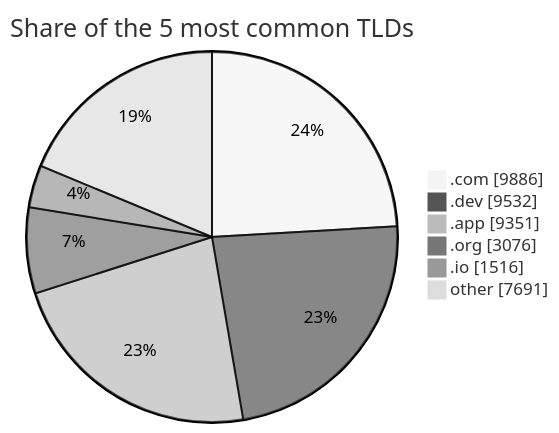
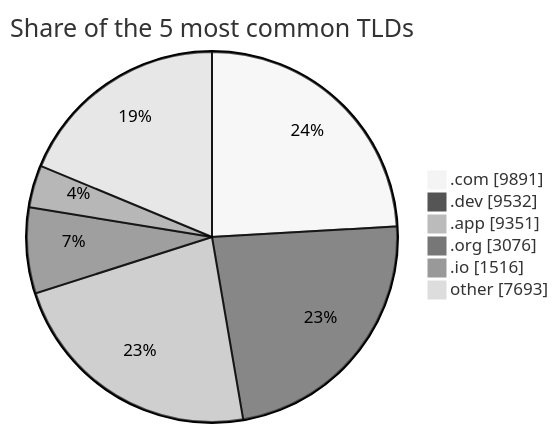
Before and after one commit to DNSBunker/CTI: the third of 3 diagrams in README.md, drawn with Mermaid (neutral theme). The commit also changed other lines of this file and 3 other files, not shown here.

````diff
--- a/README.md
+++ b/README.md
@@ -81,9 +81,9 @@
 ```mermaid
 pie showData title Share of the 5 most common TLDs
-    ".com" : 9886
+    ".com" : 9891
     ".dev" : 9532
     ".app" : 9351
     ".org" : 3076
     ".io" : 1516
-    "other" : 7691
+    "other" : 7693
 ```
````
